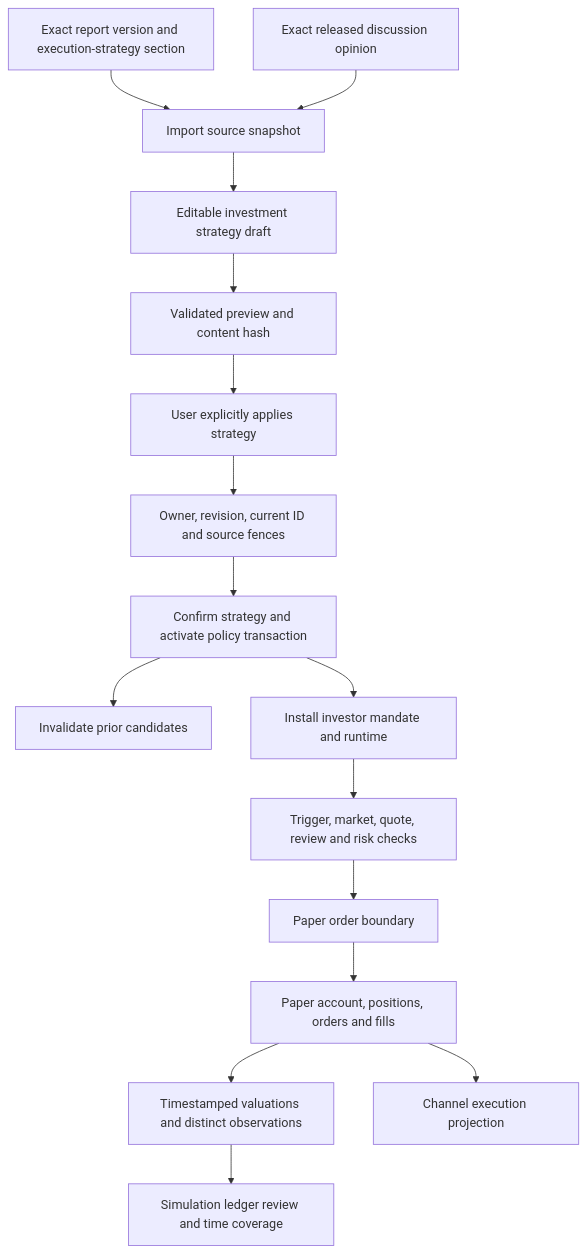
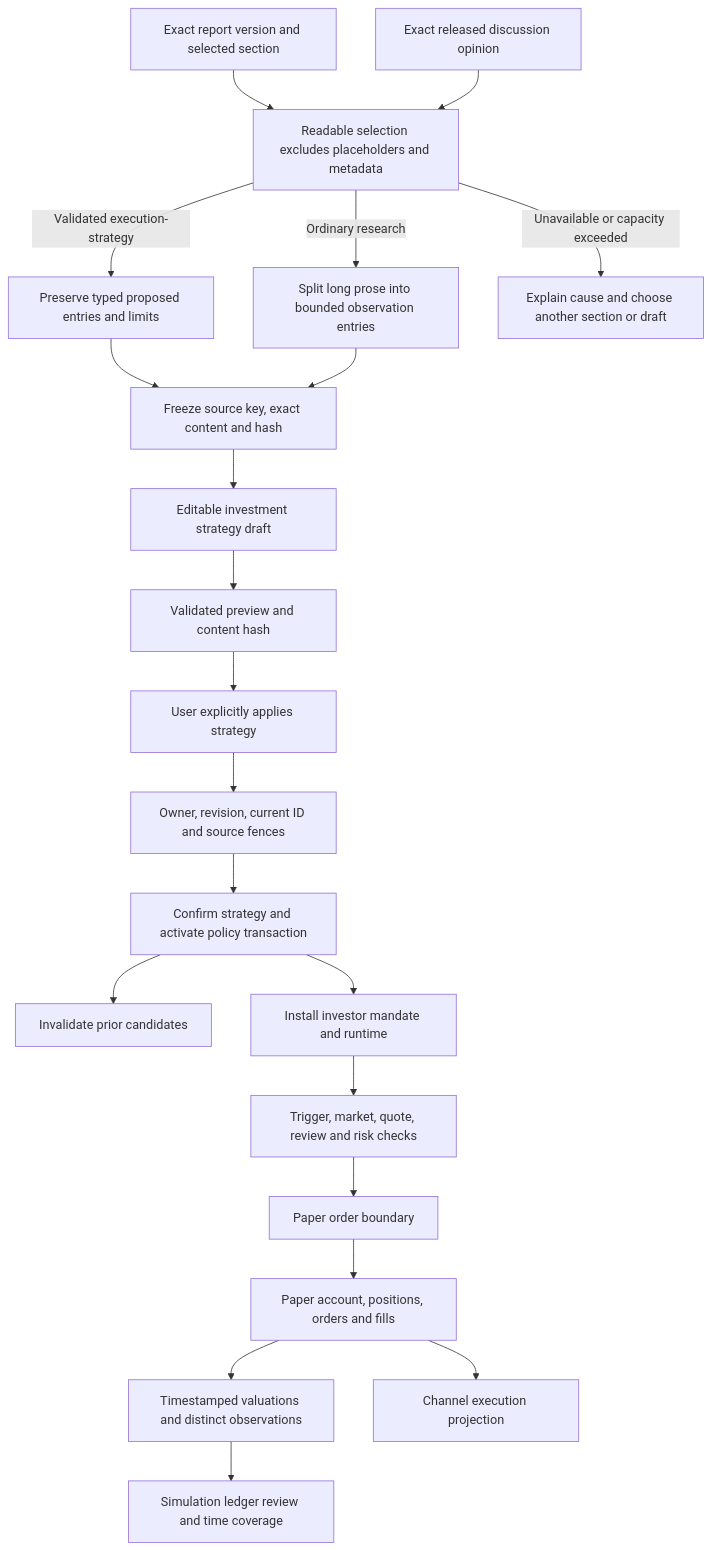
Before and after one commit to Lueyu/squabble: the third of 5 diagrams in docs/architecture.md, drawn with Mermaid. The commit also changed other lines of this file and 14 other files, not shown here.

Commit message:
fix: import long report research into strategy drafts

````diff
--- a/docs/architecture.md
+++ b/docs/architecture.md
@@ -105,18 +107,23 @@
 ```mermaid
 flowchart TD
-    source["Exact report version and execution-strategy section"] --> import["Import source snapshot"]
-    opinion["Exact released discussion opinion"] --> import
+    source["Exact report version and selected section"] --> readable["Readable selection excludes placeholders and metadata"]
+    opinion["Exact released discussion opinion"] --> readable
+    readable -->|"Validated execution-strategy"| typed["Preserve typed proposed entries and limits"]
+    readable -->|"Ordinary research"| observation["Split long prose into bounded observation entries"]
+    typed --> import["Freeze source key, exact content and hash"]
+    observation --> import
+    readable -->|"Unavailable or capacity exceeded"| reselect["Explain cause and choose another section or draft"]
     import --> draft["Editable investment strategy draft"]
     draft --> preview["Validated preview and content hash"]
     preview --> userApply["User explicitly applies strategy"]
     userApply --> fence["Owner, revision, current ID and source fences"]
     fence --> atomic["Confirm strategy and activate policy transaction"]
     atomic --> cancel["Invalidate prior candidates"]
     atomic --> runtime["Install investor mandate and runtime"]
     runtime --> evaluate["Trigger, market, quote, review and risk checks"]
     evaluate --> order["Paper order boundary"]
     order --> paper["Paper account, positions, orders and fills"]
     paper --> observations["Timestamped valuations and distinct observations"]
     observations --> review["Simulation ledger review and time coverage"]
     paper --> projection["Channel execution projection"]
 ```
````
